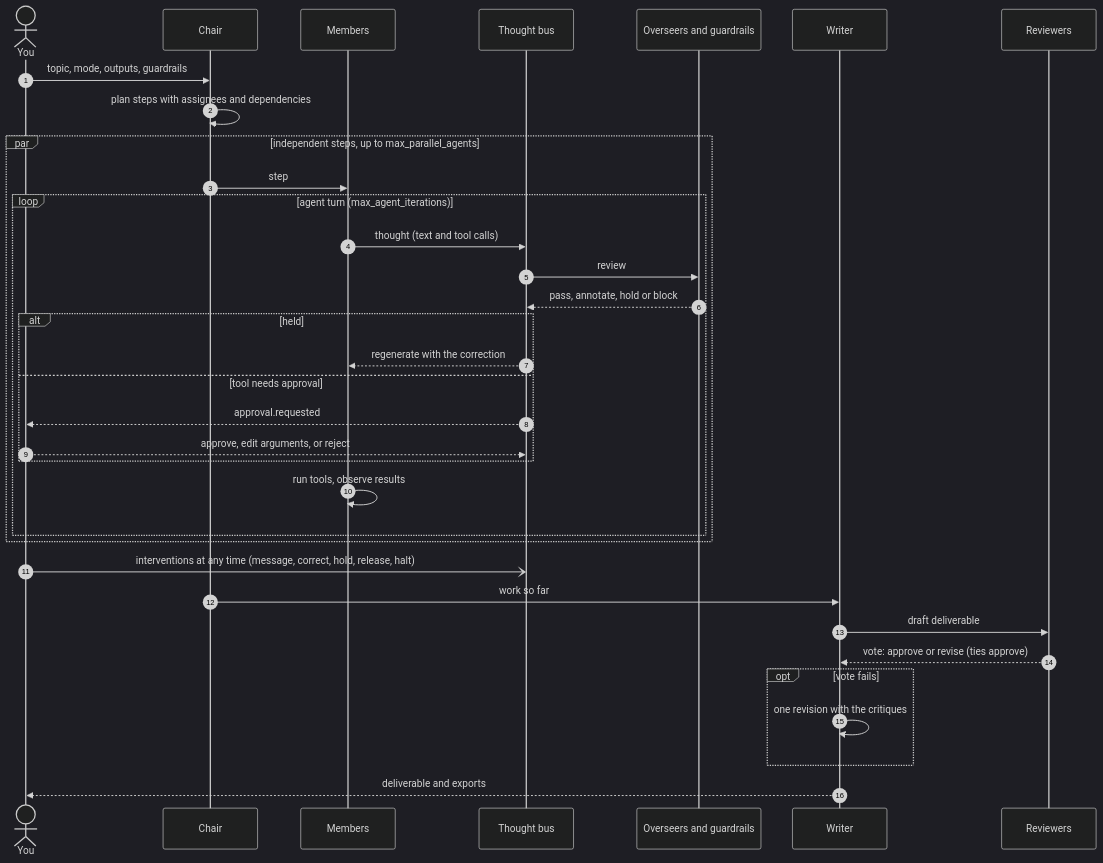
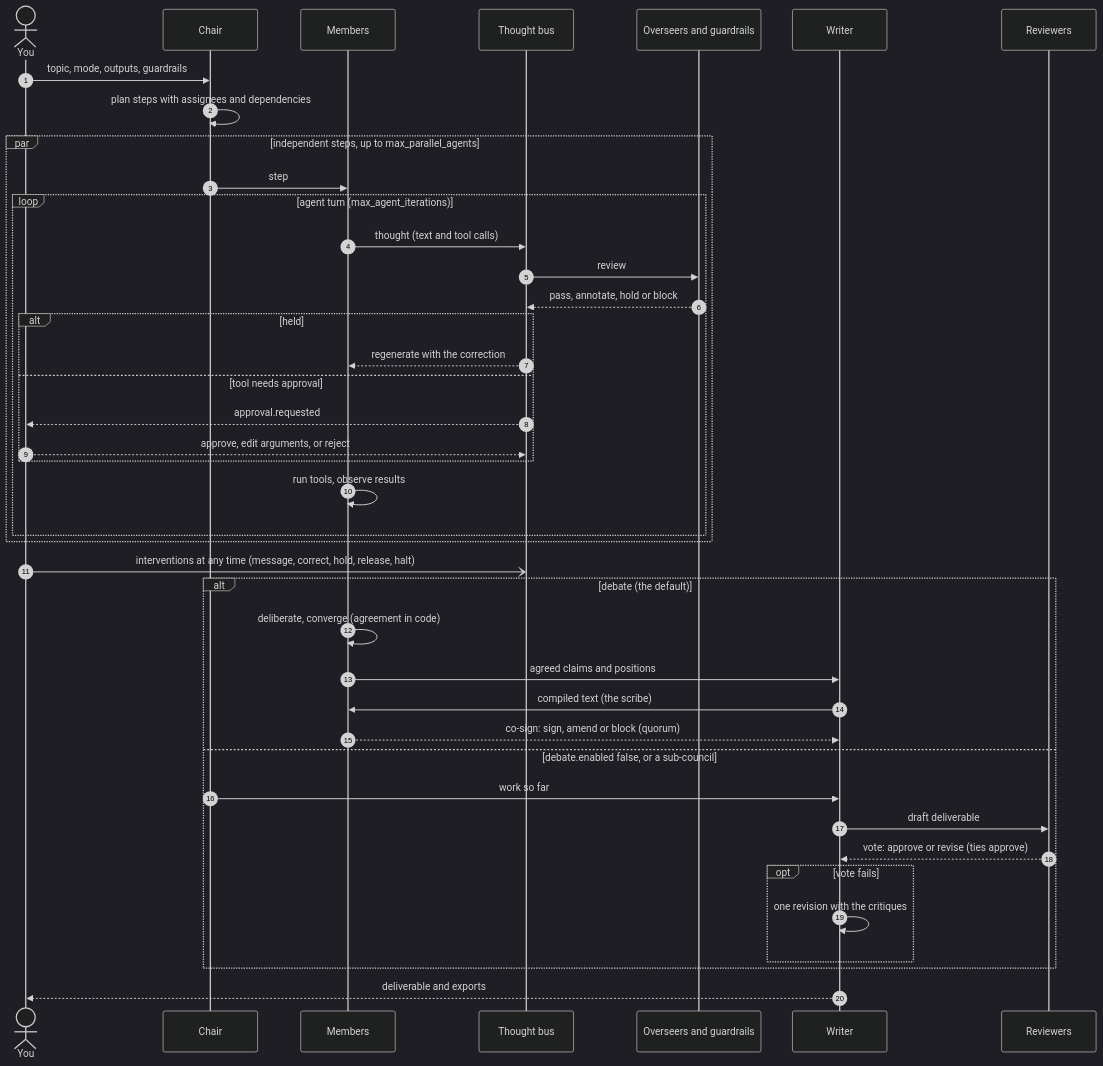
The fourth of 8 diagrams in docs/architecture.md (lordprime/Argus-Council), drawn with Mermaid (dark theme) before and after one commit. The commit also changed other lines of this file and 58 other files, not shown here.

````diff
--- a/docs/architecture.md
+++ b/docs/architecture.md
@@ -140,37 +140,44 @@
 ```mermaid
 sequenceDiagram
     autonumber
     actor U as You
     participant C as Chair
     participant M as Members
     participant B as Thought bus
     participant O as Overseers and guardrails
     participant W as Writer
     participant V as Reviewers
 
     U->>C: topic, mode, outputs, guardrails
     C->>C: plan steps with assignees and dependencies
     par independent steps, up to max_parallel_agents
         C->>M: step
         loop agent turn (max_agent_iterations)
             M->>B: thought (text and tool calls)
             B->>O: review
             O-->>B: pass, annotate, hold or block
             alt held
                 B-->>M: regenerate with the correction
             else tool needs approval
                 B-->>U: approval.requested
                 U-->>B: approve, edit arguments, or reject
             end
             M->>M: run tools, observe results
         end
     end
     U-)B: interventions at any time (message, correct, hold, release, halt)
-    C->>W: work so far
-    W->>V: draft deliverable
-    V-->>W: vote: approve or revise (ties approve)
-    opt vote fails
-        W->>W: one revision with the critiques
+    alt debate (the default)
+        M->>M: deliberate, converge (agreement in code)
+        M->>W: agreed claims and positions
+        W->>M: compiled text (the scribe)
+        M-->>W: co-sign: sign, amend or block (quorum)
+    else debate.enabled false, or a sub-council
+        C->>W: work so far
+        W->>V: draft deliverable
+        V-->>W: vote: approve or revise (ties approve)
+        opt vote fails
+            W->>W: one revision with the critiques
+        end
     end
     W-->>U: deliverable and exports
 ```
````
